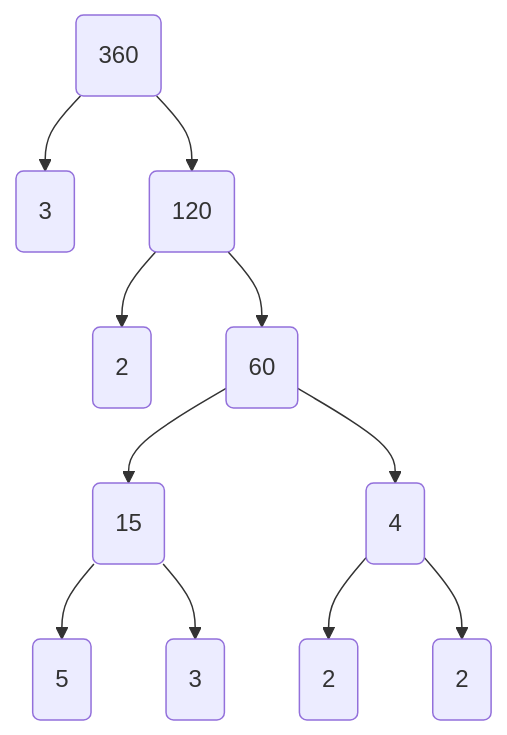
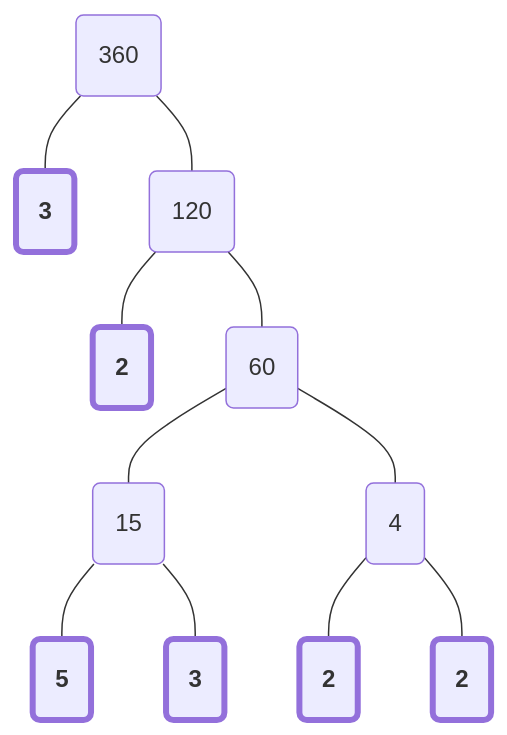
One commit to tinkermeister-42/Algebra1 changed the fifth of 11 diagrams in chapters/Unit_1/1.2_Factors_Multiples_&_Prime_Factorization.qmd. Above: the diagram before and after it, drawn with Mermaid. The commit also changed other lines of this file and 17 other files, not shown here.

````diff
--- a/chapters/Unit_1/1.2_Factors_Multiples_&_Prime_Factorization.qmd
+++ b/chapters/Unit_1/1.2_Factors_Multiples_&_Prime_Factorization.qmd
@@ -212,27 +213,34 @@
 ```{mermaid}
 %%| label: fig-mermaid-diagram
 %%| fit-align: center
 %%| fig-cap: " "
 flowchart TB
     node_0("360")
     node_1_0_1("3")
-    node_0 --> node_1_0_1
+    node_0 --- node_1_0_1
     node_1_1_1("120")
-    node_0 --> node_1_1_1
+    node_0 --- node_1_1_1
     node_1_1_2_0_2("2")
-    node_1_1_1 --> node_1_1_2_0_2
+    node_1_1_1 --- node_1_1_2_0_2
     node_1_1_2_1_2("60")
-    node_1_1_1 --> node_1_1_2_1_2
+    node_1_1_1 --- node_1_1_2_1_2
     node_1_1_2_1_3_0_3("15")
-    node_1_1_2_1_2 --> node_1_1_2_1_3_0_3
+    node_1_1_2_1_2 --- node_1_1_2_1_3_0_3
     node_1_1_2_1_3_0_4_0_4("5")
-    node_1_1_2_1_3_0_3 --> node_1_1_2_1_3_0_4_0_4
+    node_1_1_2_1_3_0_3 --- node_1_1_2_1_3_0_4_0_4
     node_1_1_2_1_3_0_4_1_4("3")
-    node_1_1_2_1_3_0_3 --> node_1_1_2_1_3_0_4_1_4
+    node_1_1_2_1_3_0_3 --- node_1_1_2_1_3_0_4_1_4
     node_1_1_2_1_3_1_3("4")
-    node_1_1_2_1_2 --> node_1_1_2_1_3_1_3
+    node_1_1_2_1_2 --- node_1_1_2_1_3_1_3
     node_1_1_2_1_3_1_4_0_4("2")
-    node_1_1_2_1_3_1_3 --> node_1_1_2_1_3_1_4_0_4
+    node_1_1_2_1_3_1_3 --- node_1_1_2_1_3_1_4_0_4
     node_1_1_2_1_3_1_4_1_4("2")
-    node_1_1_2_1_3_1_3 --> node_1_1_2_1_3_1_4_1_4
+    node_1_1_2_1_3_1_3 --- node_1_1_2_1_3_1_4_1_4
+
+    style node_1_0_1 stroke-width:4px,font-weight:bold;
+    style node_1_1_2_0_2 stroke-width:4px,font-weight:bold;
+    style node_1_1_2_1_3_0_4_1_4 stroke-width:4px,font-weight:bold;
+    style node_1_1_2_1_3_0_4_0_4 stroke-width:4px,font-weight:bold;
+    style node_1_1_2_1_3_1_4_0_4 stroke-width:4px,font-weight:bold;
+    style node_1_1_2_1_3_1_4_1_4 stroke-width:4px,font-weight:bold;
 ```
````
